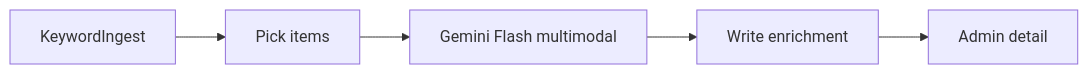
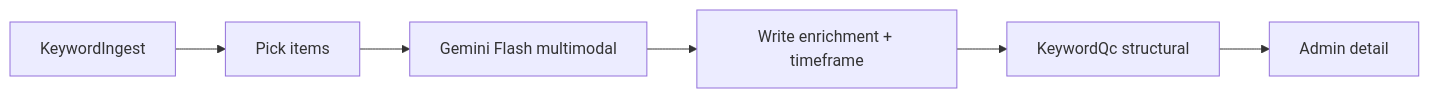
The second of 2 diagrams in .cursor/plans/multi-stage_content_loader_a47d70e4.plan.md (criq/efemer), drawn with Mermaid before and after one commit. The commit also changed other lines of this file, not shown here.

Commit message:
Update plan after LLM timeframe and invite enrichment.

````diff
--- a/.cursor/plans/multi-stage_content_loader_a47d70e4.plan.md
+++ b/.cursor/plans/multi-stage_content_loader_a47d70e4.plan.md
@@ -207,7 +235,8 @@
 ```mermaid
 flowchart LR
   job[KeywordIngest] --> pick[Pick items]
   pick --> gemini[Gemini Flash multimodal]
-  gemini --> apply[Write enrichment]
-  apply --> admin[Admin detail]
+  gemini --> apply[Write enrichment + timeframe]
+  apply --> qc[KeywordQc structural]
+  qc --> admin[Admin detail]
 ```
````
